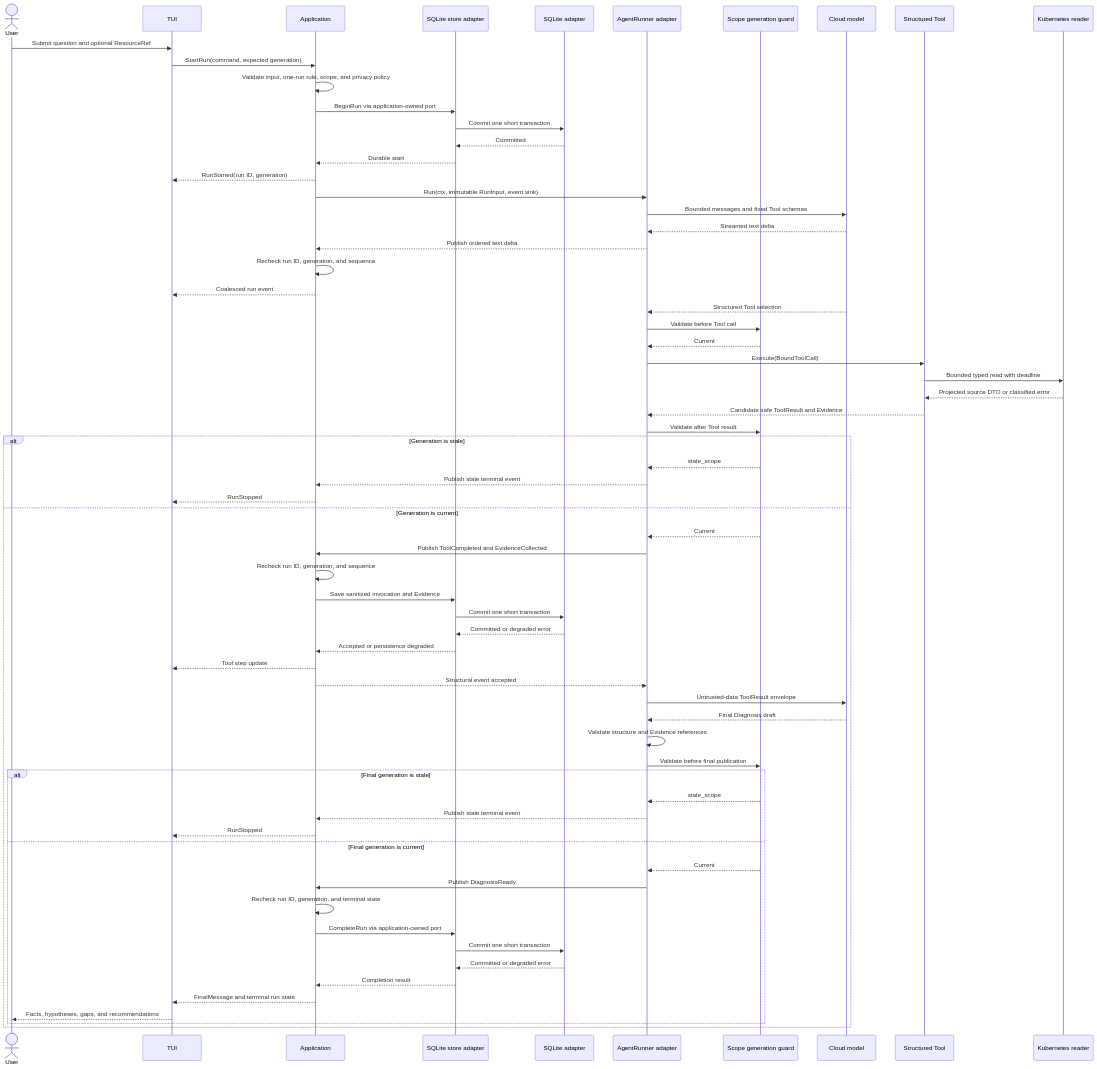
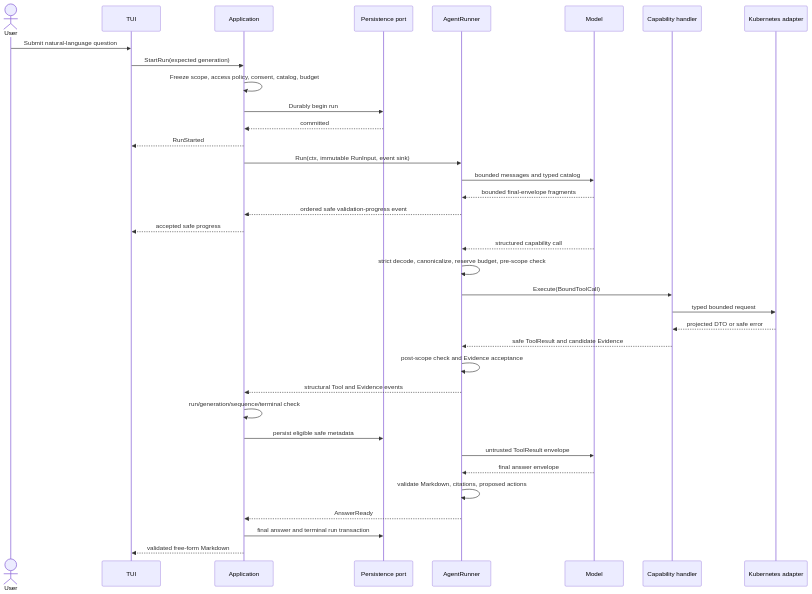
The third of 3 diagrams in docs/architecture.md (imbrooklyn/kupilot), drawn with Mermaid before and after one commit. The commit also changed other lines of this file and 289 other files, not shown here.

````diff
--- a/docs/architecture.md
+++ b/docs/architecture.md
@@ -186,70 +143,39 @@
 ```mermaid
 sequenceDiagram
     actor User
     participant TUI
     participant App as Application
-    participant Store as SQLite store adapter
-    participant DB as SQLite adapter
-    participant Agent as AgentRunner adapter
-    participant Guard as Scope generation guard
-    participant Model as Cloud model
-    participant Tool as Structured Tool
-    participant Kube as Kubernetes reader
+    participant Store as Persistence port
+    participant Agent as AgentRunner
+    participant Model
+    participant Tool as Capability handler
+    participant Kube as Kubernetes adapter
 
-    User->>TUI: Submit question and optional ResourceRef
-    TUI->>App: StartRun(command, expected generation)
-    App->>App: Validate input, one-run rule, scope, and privacy policy
-    App->>Store: BeginRun via application-owned port
-    Store->>DB: Commit one short transaction
-    DB-->>Store: Committed
-    Store-->>App: Durable start
-    App-->>TUI: RunStarted(run ID, generation)
+    User->>TUI: Submit natural-language question
+    TUI->>App: StartRun(expected generation)
+    App->>App: Freeze scope, access policy, consent, catalog, budget
+    App->>Store: Durably begin run
+    Store-->>App: committed
+    App-->>TUI: RunStarted
     App->>Agent: Run(ctx, immutable RunInput, event sink)
-    Agent->>Model: Bounded messages and fixed Tool schemas
-    Model-->>Agent: Streamed text delta
-    Agent-->>App: Publish ordered text delta
-    App->>App: Recheck run ID, generation, and sequence
-    App-->>TUI: Coalesced run event
-    Model-->>Agent: Structured Tool selection
-    Agent->>Guard: Validate before Tool call
-    Guard-->>Agent: Current
+    Agent->>Model: bounded messages and typed catalog
+    Model-->>Agent: bounded final-envelope fragments
+    Agent-->>App: ordered safe validation-progress event
+    App-->>TUI: accepted safe progress
+    Model-->>Agent: structured capability call
+    Agent->>Agent: strict decode, canonicalize, reserve budget, pre-scope check
     Agent->>Tool: Execute(BoundToolCall)
-    Tool->>Kube: Bounded typed read with deadline
-    Kube-->>Tool: Projected source DTO or classified error
-    Tool-->>Agent: Candidate safe ToolResult and Evidence
-    Agent->>Guard: Validate after Tool result
-    alt Generation is stale
-        Guard-->>Agent: stale_scope
-        Agent-->>App: Publish stale terminal event
-        App-->>TUI: RunStopped
-    else Generation is current
-        Guard-->>Agent: Current
-        Agent->>App: Publish ToolCompleted and EvidenceCollected
-        App->>App: Recheck run ID, generation, and sequence
-        App->>Store: Save sanitized invocation and Evidence
-        Store->>DB: Commit one short transaction
-        DB-->>Store: Committed or degraded error
-        Store-->>App: Accepted or persistence degraded
-        App-->>TUI: Tool step update
-        App-->>Agent: Structural event accepted
-        Agent->>Model: Untrusted-data ToolResult envelope
-        Model-->>Agent: Final Diagnosis draft
-        Agent->>Agent: Validate structure and Evidence references
-        Agent->>Guard: Validate before final publication
-        alt Final generation is stale
-            Guard-->>Agent: stale_scope
-            Agent-->>App: Publish stale terminal event
-            App-->>TUI: RunStopped
-        else Final generation is current
-            Guard-->>Agent: Current
-            Agent->>App: Publish DiagnosisReady
-            App->>App: Recheck run ID, generation, and terminal state
-            App->>Store: CompleteRun via application-owned port
-            Store->>DB: Commit one short transaction
-            DB-->>Store: Committed or degraded error
-            Store-->>App: Completion result
-            App-->>TUI: FinalMessage and terminal run state
-            TUI-->>User: Facts, hypotheses, gaps, and recommendations
-        end
-    end
+    Tool->>Kube: typed bounded request
+    Kube-->>Tool: projected DTO or safe error
+    Tool-->>Agent: safe ToolResult and candidate Evidence
+    Agent->>Agent: post-scope check and Evidence acceptance
+    Agent-->>App: structural Tool and Evidence events
+    App->>App: run/generation/sequence/terminal check
+    App->>Store: persist eligible safe metadata
+    Agent->>Model: untrusted ToolResult envelope
+    Model-->>Agent: final answer envelope
+    Agent->>Agent: validate Markdown, citations, proposed actions
+    Agent-->>App: AnswerReady
+    App->>Store: final answer and terminal run transaction
+    App-->>TUI: validated free-form Markdown
 ```
````
